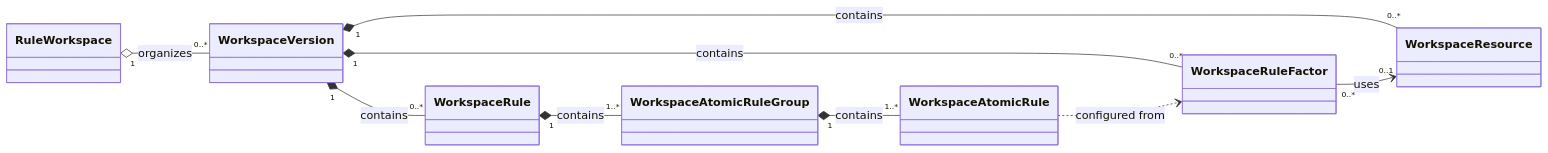
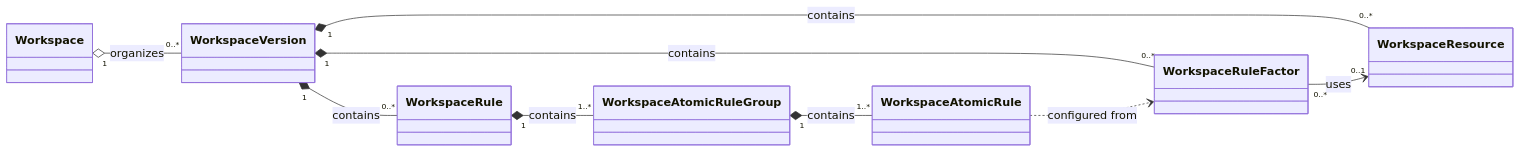
The first of 3 diagrams in specs/copernicus/relationships.md (huang-xiao-jian/themis), drawn with Mermaid before and after one commit. The commit also changed other lines of this file and 31 other files, not shown here.

````diff
--- a/specs/copernicus/relationships.md
+++ b/specs/copernicus/relationships.md
@@ -32,21 +32,21 @@
 ```mermaid
 classDiagram
     direction LR
 
-    class RuleWorkspace
+    class Workspace
     class WorkspaceVersion
     class WorkspaceResource
     class WorkspaceRuleFactor
     class WorkspaceRule
     class WorkspaceAtomicRuleGroup
     class WorkspaceAtomicRule
 
-    RuleWorkspace "1" o-- "0..*" WorkspaceVersion : organizes
+    Workspace "1" o-- "0..*" WorkspaceVersion : organizes
     WorkspaceVersion "1" *-- "0..*" WorkspaceResource : contains
     WorkspaceVersion "1" *-- "0..*" WorkspaceRuleFactor : contains
     WorkspaceVersion "1" *-- "0..*" WorkspaceRule : contains
     WorkspaceRuleFactor "0..*" --> "0..1" WorkspaceResource : uses
     WorkspaceRule "1" *-- "1..*" WorkspaceAtomicRuleGroup : contains
     WorkspaceAtomicRuleGroup "1" *-- "1..*" WorkspaceAtomicRule : contains
     WorkspaceAtomicRule ..> WorkspaceRuleFactor : configured from
 ```
````
